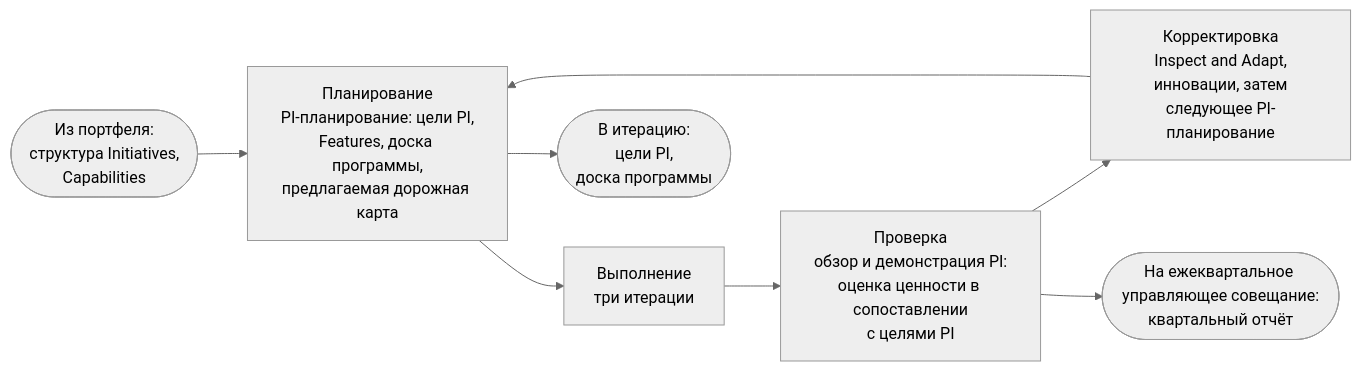
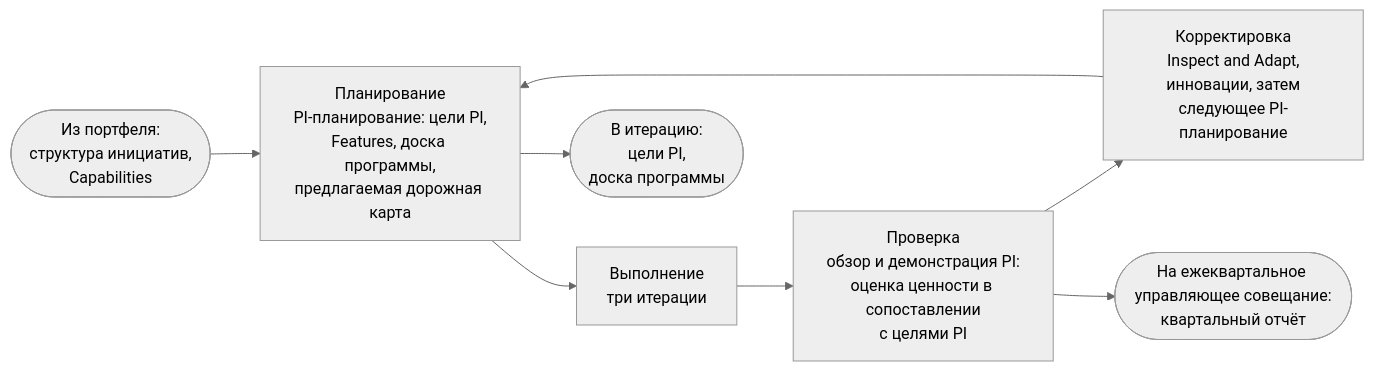
The first of 5 diagrams in portal/content/ru/delivery/the-loops-of-delivery.md (devhogu/ob-aicc), drawn with Mermaid (neutral theme) before and after one commit. The commit also changed other lines of this file and 150 other files, not shown here.

````diff
--- a/portal/content/ru/delivery/the-loops-of-delivery.md
+++ b/portal/content/ru/delivery/the-loops-of-delivery.md
@@ -15,10 +15,10 @@
 ```mermaid
 flowchart LR
-  IN(["Из портфеля:<br/>структура Initiatives,<br/>Capabilities"]) --> P["Планирование<br/>PI-планирование: цели PI,<br/>Features, доска программы,<br/>предлагаемая дорожная карта"]
+  IN(["Из портфеля:<br/>структура инициатив,<br/>Capabilities"]) --> P["Планирование<br/>PI-планирование: цели PI,<br/>Features, доска программы,<br/>предлагаемая дорожная карта"]
   P --> D["Выполнение<br/>три итерации"]
   D --> C["Проверка<br/>обзор и демонстрация PI:<br/>оценка ценности в сопоставлении<br/>с целями PI"]
   C --> A["Корректировка<br/>Inspect and Adapt,<br/>инновации, затем<br/>следующее PI-планирование"]
   A --> P
   P --> OUT(["В итерацию:<br/>цели PI,<br/>доска программы"])
   C --> UP(["На ежеквартальное управляющее совещание:<br/>квартальный отчёт"])
 ```
````
